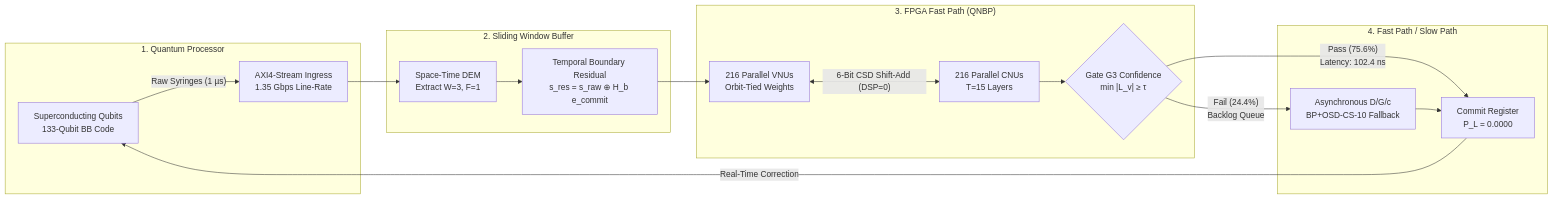
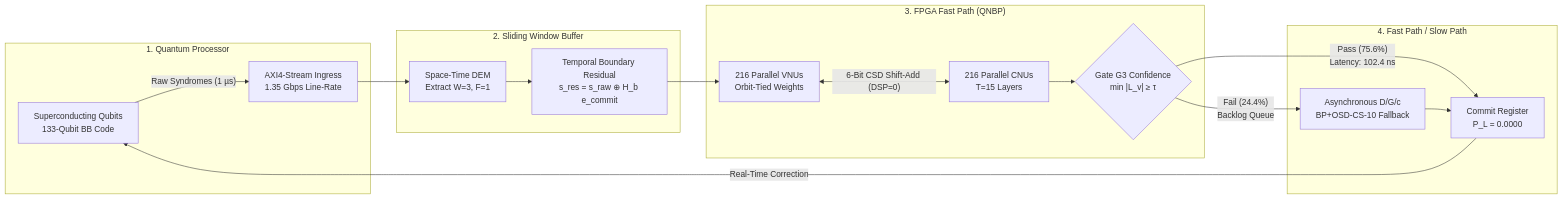
One commit to NazmulHasanNihal/orbit-tied-qnbp-sliding-window-bb changed the first of 5 diagrams in README.md. Above: the diagram before and after it, drawn with Mermaid. The commit also changed other lines of this file and 37 other files, not shown here.

Commit message:
feat(manuscript): complete pre-submission repair pass across figures, tables, theorems, and fallback architecture

````diff
--- a/README.md
+++ b/README.md
@@ -121,25 +117,25 @@
 ```mermaid
 flowchart LR
     subgraph S1["1. Quantum Processor"]
-        Q["Superconducting Qubits<br>133-Qubit BB Code"] -->|"Raw Syringes (1 µs)"| AXI["AXI4-Stream Ingress<br>1.35 Gbps Line-Rate"]
+        Q["Superconducting Qubits<br>133-Qubit BB Code"] -->|"Raw Syndromes (1 µs)"| AXI["AXI4-Stream Ingress<br>1.35 Gbps Line-Rate"]
     end
 
     subgraph S2["2. Sliding Window Buffer"]
         AXI --> DEM["Space-Time DEM<br>Extract W=3, F=1"]
         DEM --> RES["Temporal Boundary Residual<br>s_res = s_raw ⊕ H_b e_commit"]
     end
 
     subgraph S3["3. FPGA Fast Path (QNBP)"]
         RES --> VNU["216 Parallel VNUs<br>Orbit-Tied Weights"]
         VNU <-->|"6-Bit CSD Shift-Add (DSP=0)"| CNU["216 Parallel CNUs<br>T=15 Layers"]
         CNU --> G3{"Gate G3 Confidence<br>min |L_v| ≥ τ"}
     end
 
     subgraph S4["4. Fast Path / Slow Path"]
         G3 -->|"Pass (75.6%)<br>Latency: 102.4 ns"| FIFO["Commit Register<br>P_L = 0.0000"]
         G3 -->|"Fail (24.4%)<br>Backlog Queue"| OSD["Asynchronous D/G/c<br>BP+OSD-CS-10 Fallback"]
         OSD --> FIFO
     end
 
     FIFO -->|"Real-Time Correction"| Q
 ```
````
